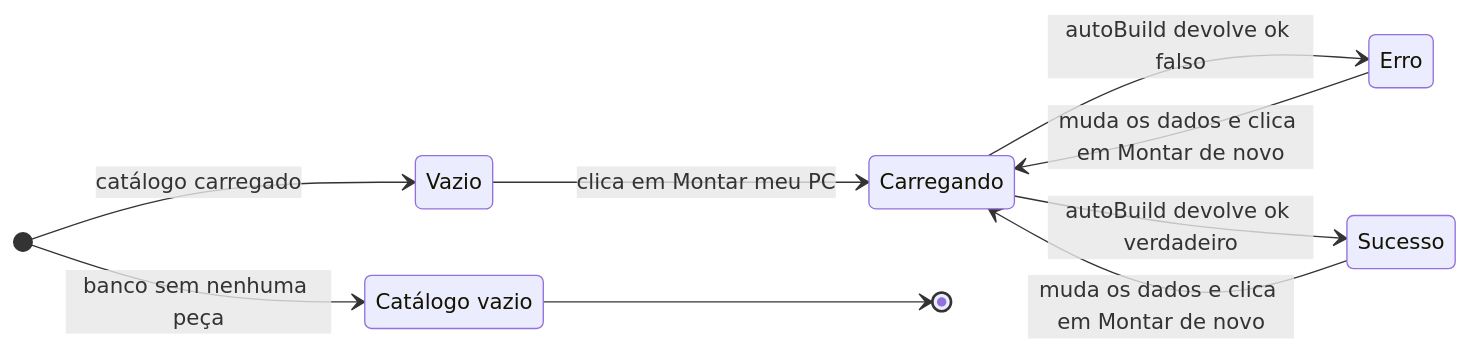
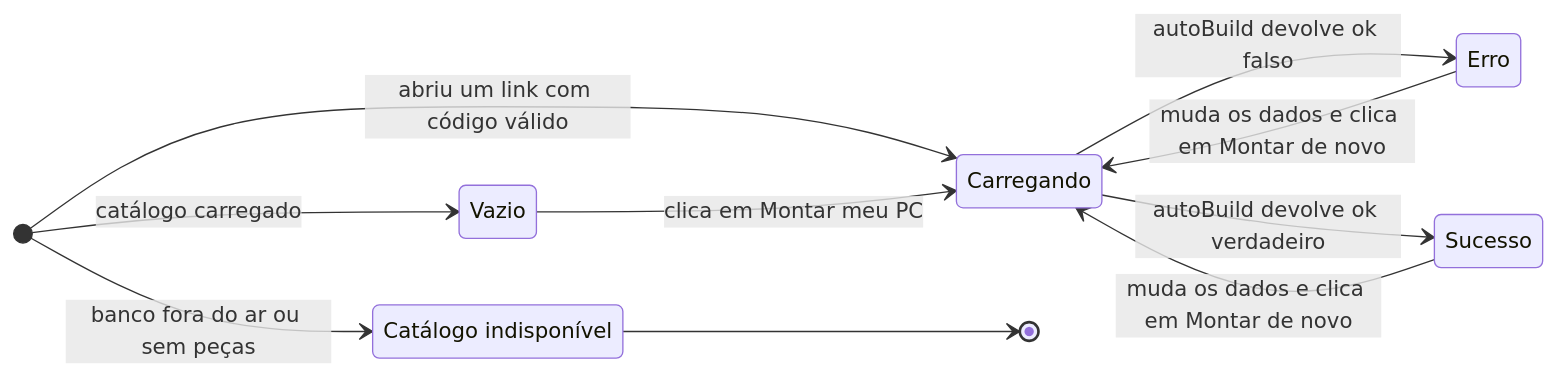
Before and after one commit to FEJAPA/Garimpo-PC: the third of 4 diagrams in docs/diagramas/jornada-usuario.md, drawn with Mermaid. The commit also changed other lines of this file and 3 other files, not shown here.

````diff
--- a/docs/diagramas/jornada-usuario.md
+++ b/docs/diagramas/jornada-usuario.md
@@ -142,18 +153,19 @@
 ```mermaid
 stateDiagram-v2
     direction LR
-    state "Catálogo vazio" as CatalogoVazio
+    state "Catálogo indisponível" as CatalogoIndisponivel
     state "Vazio" as Vazio
     state "Carregando" as Carregando
     state "Erro" as Erro
     state "Sucesso" as Sucesso
 
-    [*] --> CatalogoVazio : banco sem nenhuma peça
+    [*] --> CatalogoIndisponivel : banco fora do ar ou sem peças
     [*] --> Vazio : catálogo carregado
+    [*] --> Carregando : abriu um link com código válido
     Vazio --> Carregando : clica em Montar meu PC
     Carregando --> Erro : autoBuild devolve ok falso
     Carregando --> Sucesso : autoBuild devolve ok verdadeiro
     Erro --> Carregando : muda os dados e clica em Montar de novo
     Sucesso --> Carregando : muda os dados e clica em Montar de novo
-    CatalogoVazio --> [*]
+    CatalogoIndisponivel --> [*]
 ```
````
